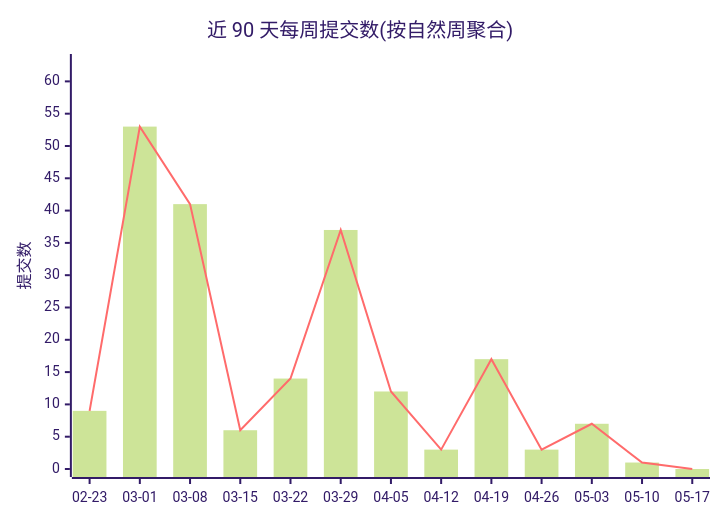
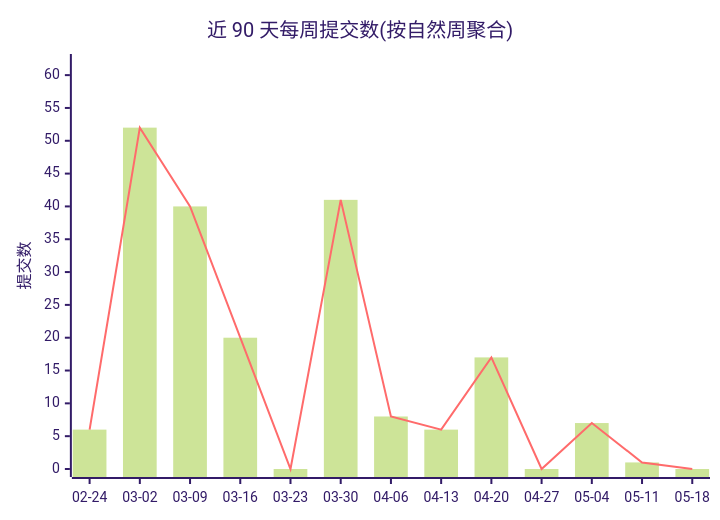
Before and after one commit to Conflux-Union/.github: the first of 2 diagrams in profile/README.md, drawn with Mermaid (forest theme). The commit also changed other lines of this file and 1 other file, not shown here.

````diff
--- a/profile/README.md
+++ b/profile/README.md
@@ -44,8 +44,8 @@
 ```mermaid
 xychart-beta
     title "近 90 天每周提交数(按自然周聚合)"
-    x-axis ["02-23", "03-01", "03-08", "03-15", "03-22", "03-29", "04-05", "04-12", "04-19", "04-26", "05-03", "05-10", "05-17"]
-    y-axis "提交数" 0 --> 63
-    bar [9, 53, 41, 6, 14, 37, 12, 3, 17, 3, 7, 1, 0]
-    line [9, 53, 41, 6, 14, 37, 12, 3, 17, 3, 7, 1, 0]
+    x-axis ["02-24", "03-02", "03-09", "03-16", "03-23", "03-30", "04-06", "04-13", "04-20", "04-27", "05-04", "05-11", "05-18"]
+    y-axis "提交数" 0 --> 62
+    bar [6, 52, 40, 20, 0, 41, 8, 6, 17, 0, 7, 1, 0]
+    line [6, 52, 40, 20, 0, 41, 8, 6, 17, 0, 7, 1, 0]
 ```
````
